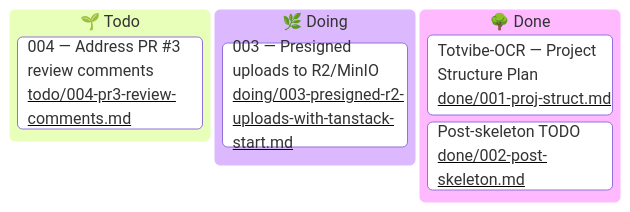
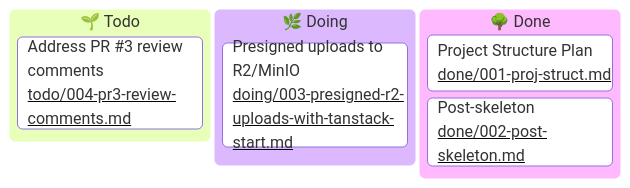
One commit to zyplux/zyp-ocr changed the diagram in plan/board/README.md. Above: the diagram before and after it, drawn with Mermaid. The commit also changed 4 other files, not shown here.

````diff
--- a/plan/board/README.md
+++ b/plan/board/README.md
@@ -3,15 +3,15 @@
 ```mermaid
 ---
 config:
   kanban:
     ticketBaseUrl: 'https://github.com/realSergiy/totvibe-ocr/blob/main/plan/board/#TICKET#'
 ---
 kanban
   🌱 Todo
-    [004 — Address PR #3 review comments]@{ ticket: 'todo/004-pr3-review-comments.md' }
+    [Address PR #3 review comments]@{ ticket: 'todo/004-pr3-review-comments.md' }
   🌿 Doing
-    [003 — Presigned uploads to R2/MinIO]@{ ticket: 'doing/003-presigned-r2-uploads-with-tanstack-start.md' }
+    [Presigned uploads to R2/MinIO]@{ ticket: 'doing/003-presigned-r2-uploads-with-tanstack-start.md' }
   🌳 Done
-    [Totvibe-OCR — Project Structure Plan]@{ ticket: 'done/001-proj-struct.md' }
-    [Post-skeleton TODO]@{ ticket: 'done/002-post-skeleton.md' }
+    [Project Structure Plan]@{ ticket: 'done/001-proj-struct.md' }
+    [Post-skeleton]@{ ticket: 'done/002-post-skeleton.md' }
 ```
````
